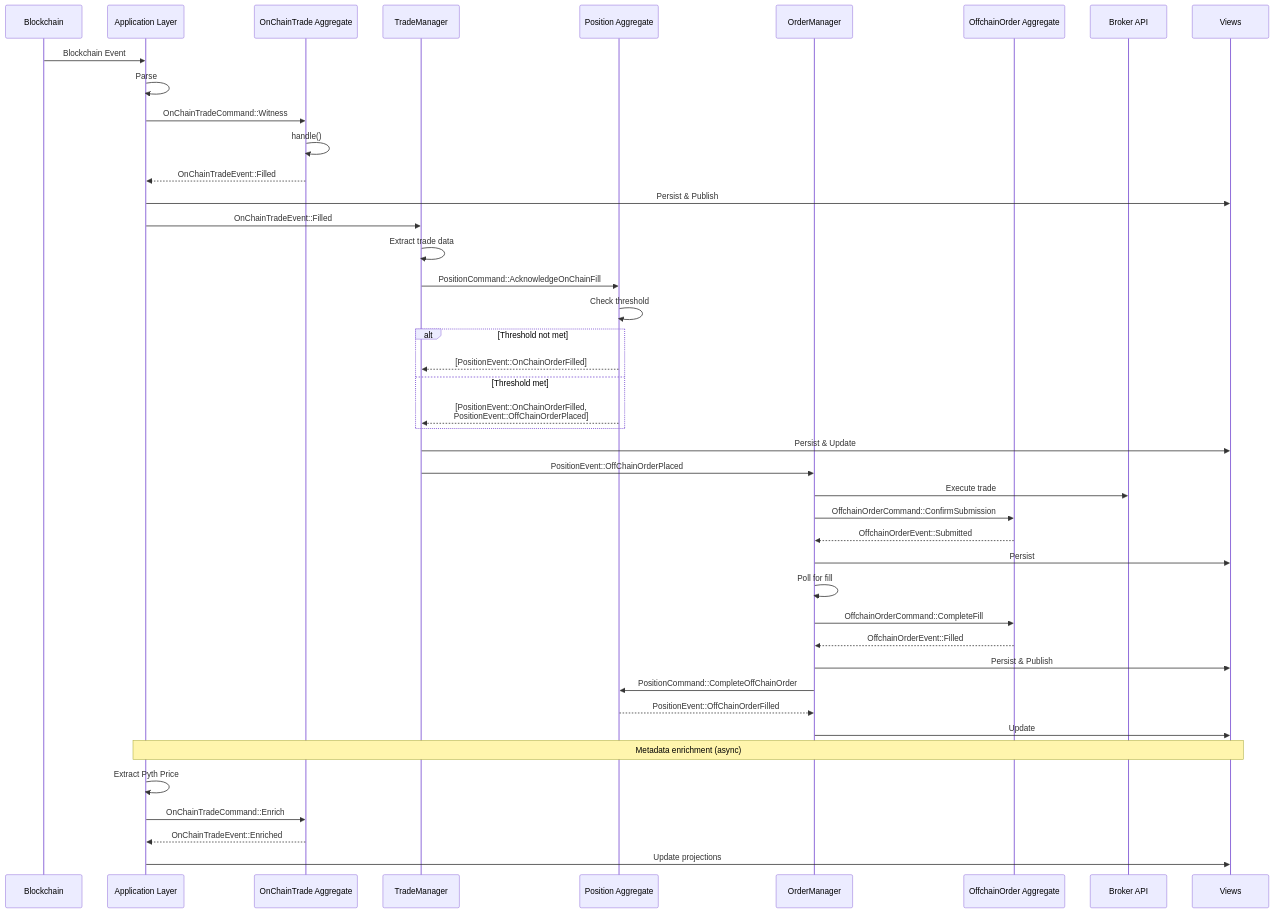
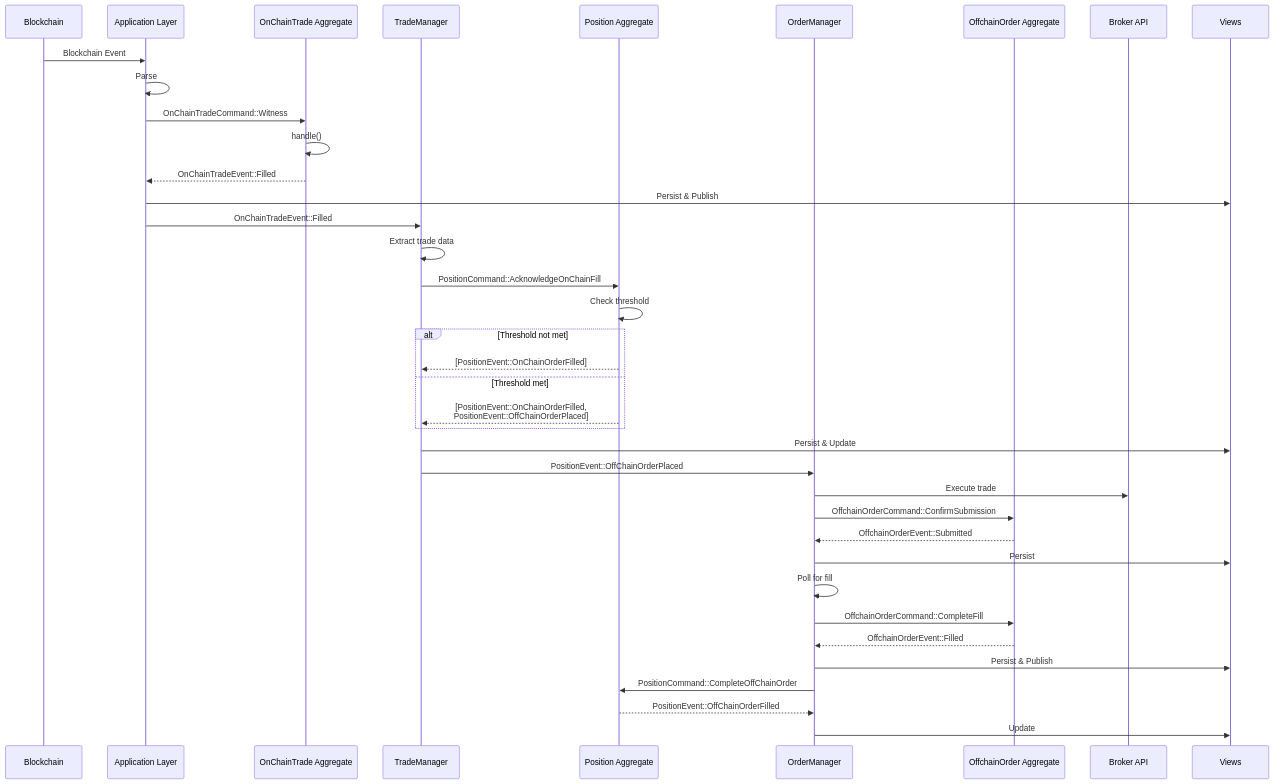
One commit to ST0x-Technology/st0x.liquidity changed diagram 12 of 12 in SPEC.md. Above: the diagram before and after it, drawn with Mermaid. The commit also changed other lines of this file and 57 other files, not shown here.

````diff
--- a/SPEC.md
+++ b/SPEC.md
@@ -4506,50 +4494,44 @@
 ```mermaid
 sequenceDiagram
     participant BC as Blockchain
     participant App as Application Layer
     participant OT as OnChainTrade Aggregate
     participant TM as TradeManager
     participant P as Position Aggregate
     participant OM as OrderManager
     participant OO as OffchainOrder Aggregate
     participant Broker as Broker API
     participant Views as Views
 
     BC->>App: Blockchain Event
     App->>App: Parse
     App->>OT: OnChainTradeCommand::Witness
     OT->>OT: handle()
     OT-->>App: OnChainTradeEvent::Filled
     App->>Views: Persist & Publish
 
     App->>TM: OnChainTradeEvent::Filled
     TM->>TM: Extract trade data
     TM->>P: PositionCommand::AcknowledgeOnChainFill
     P->>P: Check threshold
     alt Threshold not met
         P-->>TM: [PositionEvent::OnChainOrderFilled]
     else Threshold met
         P-->>TM: [PositionEvent::OnChainOrderFilled,<br/>PositionEvent::OffChainOrderPlaced]
     end
     TM->>Views: Persist & Update
 
     TM->>OM: PositionEvent::OffChainOrderPlaced
     OM->>Broker: Execute trade
     OM->>OO: OffchainOrderCommand::ConfirmSubmission
     OO-->>OM: OffchainOrderEvent::Submitted
     OM->>Views: Persist
     OM->>OM: Poll for fill
     OM->>OO: OffchainOrderCommand::CompleteFill
     OO-->>OM: OffchainOrderEvent::Filled
     OM->>Views: Persist & Publish
 
     OM->>P: PositionCommand::CompleteOffChainOrder
     P-->>OM: PositionEvent::OffChainOrderFilled
     OM->>Views: Update
-
-    Note over App,Views: Metadata enrichment (async)
-    App->>App: Extract Pyth Price
-    App->>OT: OnChainTradeCommand::Enrich
-    OT-->>App: OnChainTradeEvent::Enriched
-    App->>Views: Update projections
 ```
````
